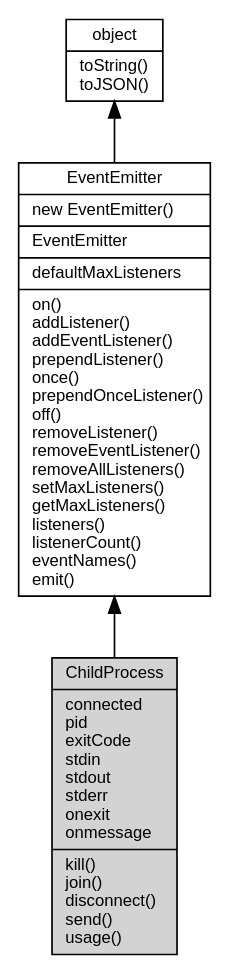
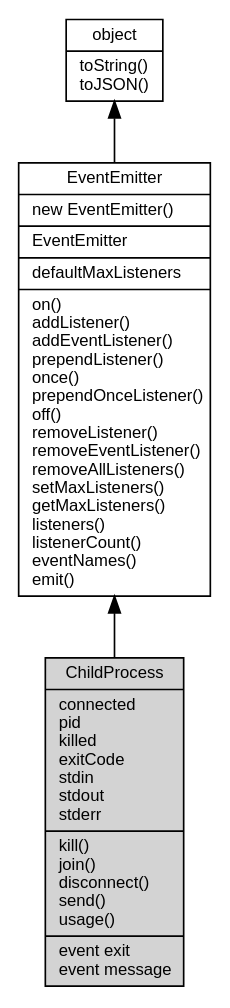
Before and after one commit to fibjs/fibjs.org: the diagram in docs/manual/object/ifs/ChildProcess.md, drawn with Graphviz. The commit also changed other lines of this file and 63 other files, not shown here.

````diff
--- a/docs/manual/object/ifs/ChildProcess.md
+++ b/docs/manual/object/ifs/ChildProcess.md
@@ -10,12 +10,12 @@
 ```dot
 digraph {
     node [fontname="Helvetica,sans-Serif", fontsize=10, shape="record", style="filled", fillcolor="white"];
 
     object [tooltip="object", URL="object.md", label="{object|toString()\ltoJSON()\l}"];
     EventEmitter [tooltip="EventEmitter", URL="EventEmitter.md", label="{EventEmitter|new EventEmitter()\l|EventEmitter\l|defaultMaxListeners\l|on()\laddListener()\laddEventListener()\lprependListener()\lonce()\lprependOnceListener()\loff()\lremoveListener()\lremoveEventListener()\lremoveAllListeners()\lsetMaxListeners()\lgetMaxListeners()\llisteners()\llistenerCount()\leventNames()\lemit()\l}"];
-    ChildProcess [tooltip="ChildProcess", fillcolor="lightgray", id="me", label="{ChildProcess|connected\lpid\lexitCode\lstdin\lstdout\lstderr\lonexit\lonmessage\l|kill()\ljoin()\ldisconnect()\lsend()\lusage()\l}"];
+    ChildProcess [tooltip="ChildProcess", fillcolor="lightgray", id="me", label="{ChildProcess|connected\lpid\lkilled\lexitCode\lstdin\lstdout\lstderr\l|kill()\ljoin()\ldisconnect()\lsend()\lusage()\l|event exit\levent message\l}"];
 
     object -> EventEmitter [dir=back];
     EventEmitter -> ChildProcess [dir=back];
 }
 ```
````
